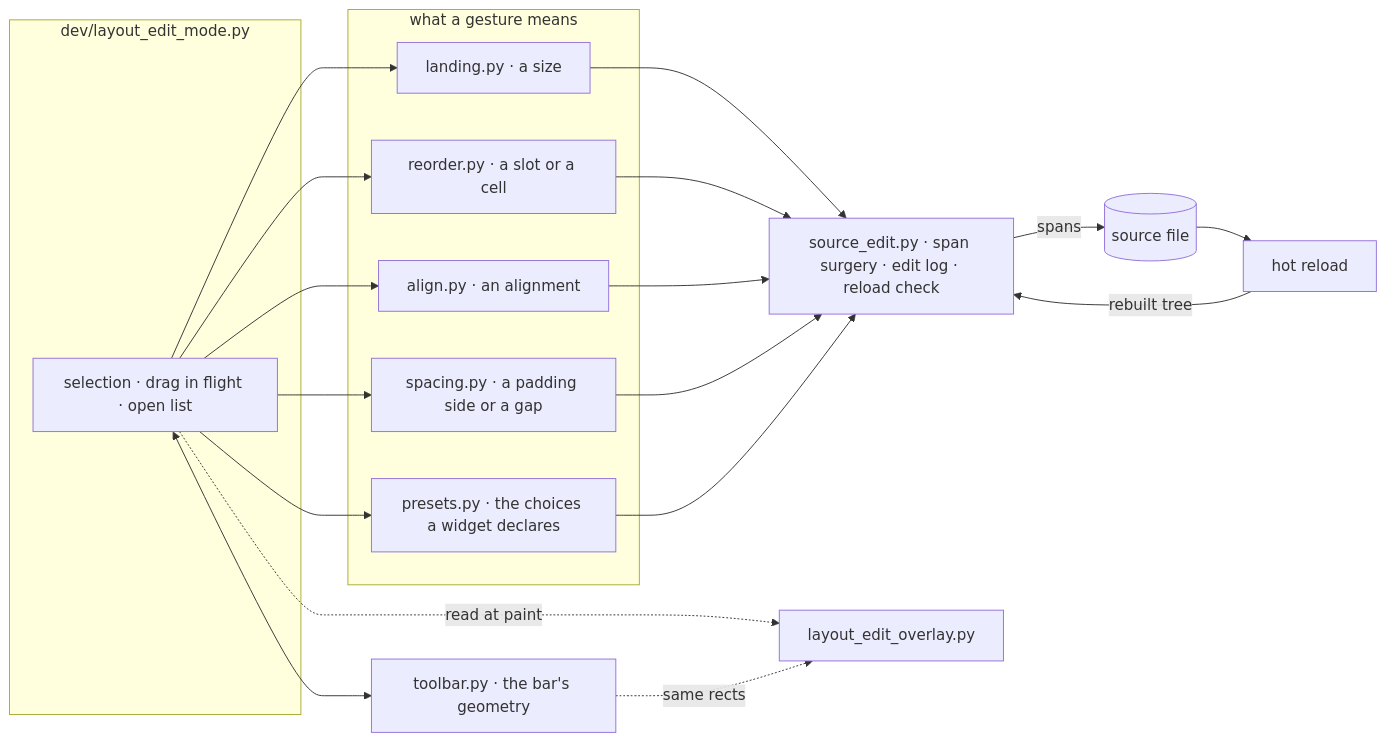
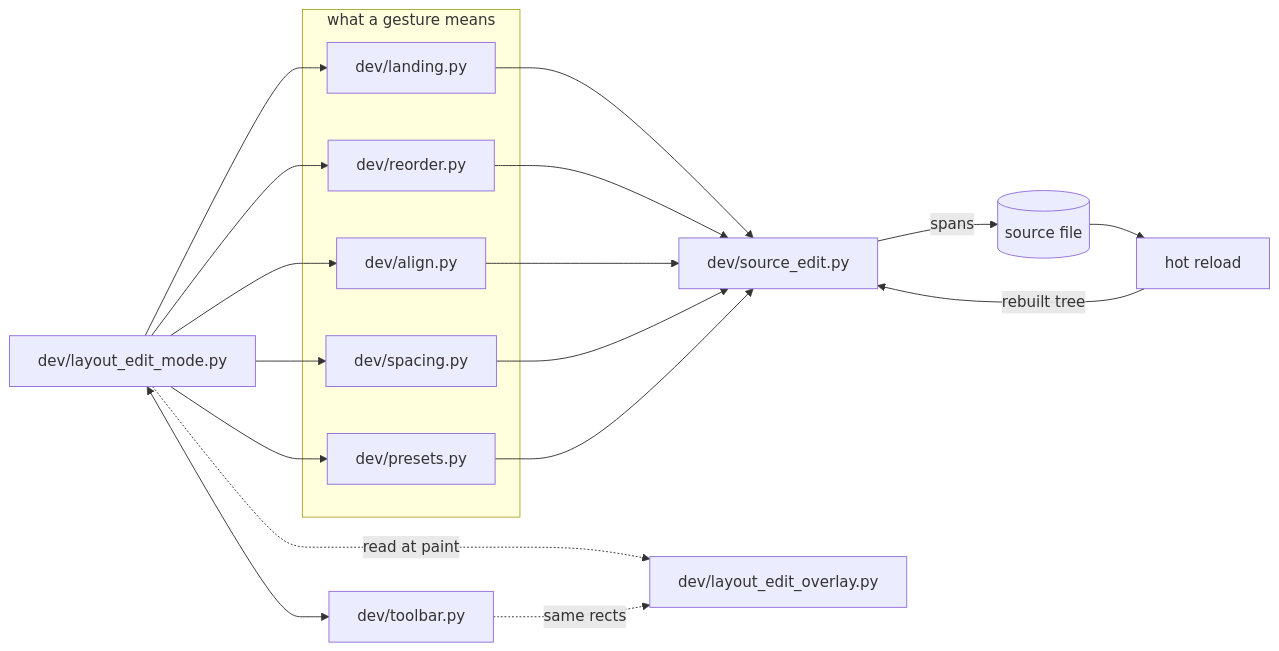
The fourth of 4 diagrams in docs/design/DEV_MODES.md (yuksblog/nuiitivet), drawn with Mermaid before and after one commit. The commit also changed other lines of this file and 4 other files, not shown here.

````diff
--- a/docs/design/DEV_MODES.md
+++ b/docs/design/DEV_MODES.md
@@ -284,24 +172,22 @@
 ```mermaid
 flowchart LR
-    subgraph mode[dev/layout_edit_mode.py]
-        state[selection · drag in flight · open list]
+    mode[dev/layout_edit_mode.py]
+    subgraph readings[what a gesture means]
+        landing[dev/landing.py]
+        reorder[dev/reorder.py]
+        align[dev/align.py]
+        spacing[dev/spacing.py]
+        presets[dev/presets.py]
     end
-    subgraph readings[what a gesture means]
-        landing[landing.py · a size]
-        reorder[reorder.py · a slot or a cell]
-        align[align.py · an alignment]
-        spacing[spacing.py · a padding side or a gap]
-        presets[presets.py · the choices a widget declares]
-    end
-    toolbar[toolbar.py · the bar's geometry]
-    edit[source_edit.py · span surgery · edit log · reload check]
+    toolbar[dev/toolbar.py]
+    edit[dev/source_edit.py]
     file[(source file)]
     reload[hot reload]
-    overlay[layout_edit_overlay.py]
+    overlay[dev/layout_edit_overlay.py]
 
-    state --> landing & reorder & align & spacing & presets --> edit
-    state <--> toolbar
-    edit -- spans --> file --> reload -- rebuilt tree --> edit
-    state -. read at paint .-> overlay
-    toolbar -. same rects .-> overlay
+    mode --> landing & reorder & align & spacing & presets --> edit
+    mode <--> toolbar
+    edit -- spans --> file --> reload -- "rebuilt tree" --> edit
+    mode -. "read at paint" .-> overlay
+    toolbar -. "same rects" .-> overlay
 ```
````
